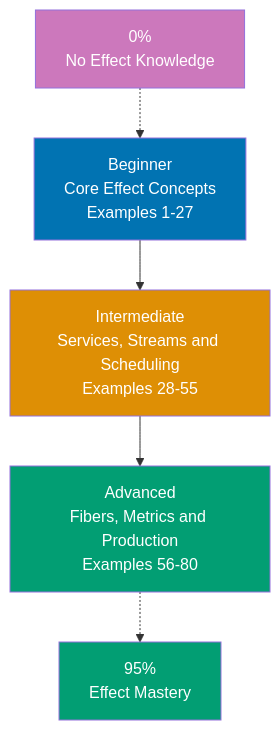
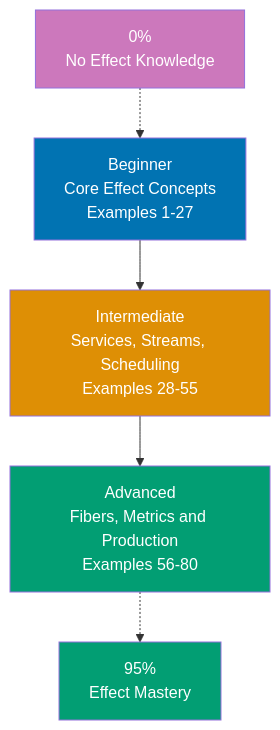
One commit to wahidyankf/baseerah changed the diagram in apps/ayokoding-www/content/en/learn/software-engineering/platforms/web/tools/ts-effect/by-example/overview.md. Above: the diagram before and after it, drawn with Mermaid. The commit also changed 88 other files, not shown here.

First line of the commit message:
fix(ayokoding-www): resolve pre-existing Mermaid violations, exclude fixtures/plans-done

````diff
--- a/apps/ayokoding-www/content/en/learn/software-engineering/platforms/web/tools/ts-effect/by-example/overview.md
+++ b/apps/ayokoding-www/content/en/learn/software-engineering/platforms/web/tools/ts-effect/by-example/overview.md
@@ -40,13 +40,13 @@
 ```mermaid
 graph TD
-  A["Beginner<br/>Core Effect Concepts<br/>Examples 1-27"] --> B["Intermediate<br/>Services, Streams and Scheduling<br/>Examples 28-55"]
+  A["Beginner<br/>Core Effect Concepts<br/>Examples 1-27"] --> B["Intermediate<br/>Services, Streams, Scheduling<br/>Examples 28-55"]
   B --> C["Advanced<br/>Fibers, Metrics and Production<br/>Examples 56-80"]
   D["0%<br/>No Effect Knowledge"] -.-> A
   C -.-> E["95%<br/>Effect Mastery"]
 
   style A fill:#0173B2,color:#fff
   style B fill:#DE8F05,color:#fff
   style C fill:#029E73,color:#fff
   style D fill:#CC78BC,color:#fff
   style E fill:#029E73,color:#fff
 ```
````
